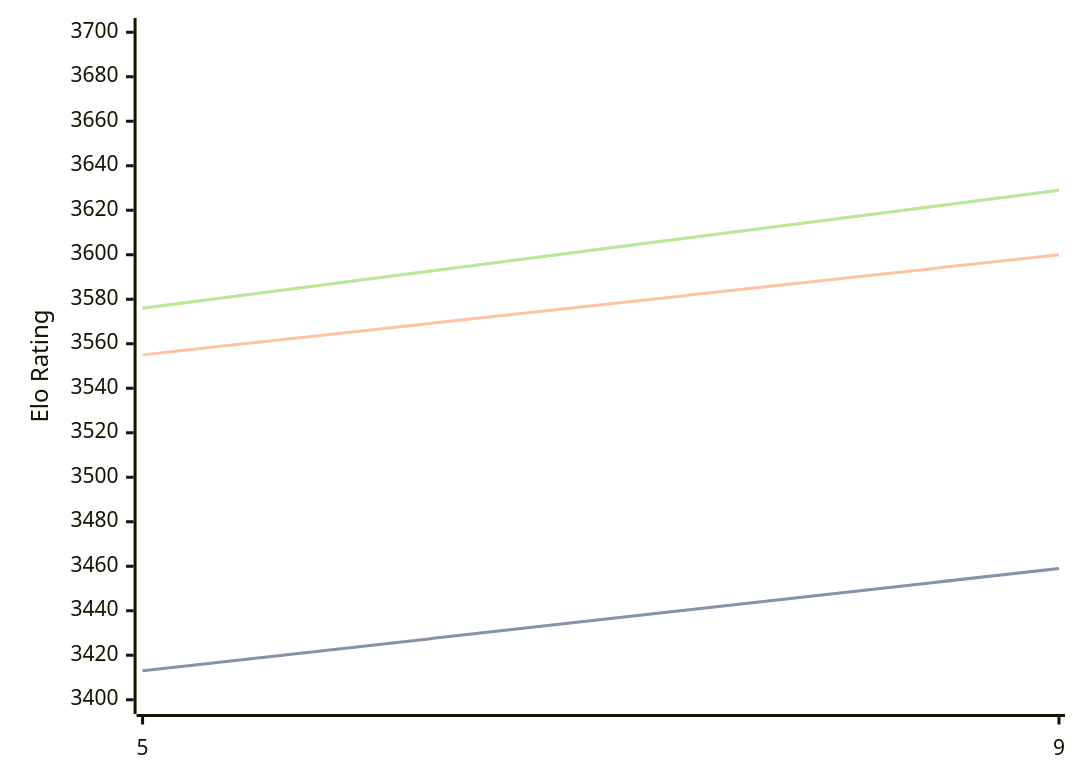
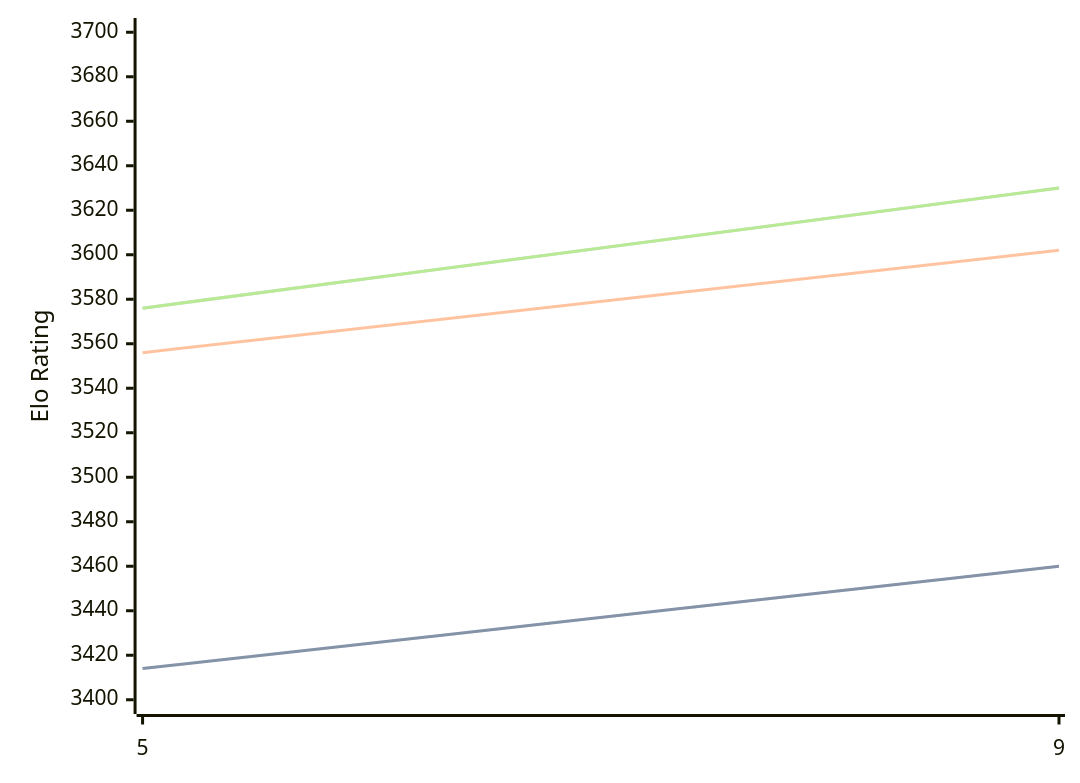
One commit to computer-chess-index/cci changed the diagram in engines/Crystal.md. Above: the diagram before and after it, drawn with Mermaid. The commit also changed other lines of this file, not shown here.

Commit message:
Update CCI Ratings (ELO VLTC) - 2026-04-24

````diff
--- a/engines/Crystal.md
+++ b/engines/Crystal.md
@@ -60,11 +60,11 @@
 ```mermaid
 %%{init: {"theme":"base","themeVariables":{"seriesColors:['#a3a3a3','#222221','#faa371']}}}%%
 xychart-beta
   x-axis ["5", "9"]
   y-axis "Elo Rating" 3400 --> 3700
-  line "STC (8.0+0.08s)" [3413, 3459]
-  line "STC (8.0+0.08s)" [3413, 3459]
-  line "LTC (60.0+0.60s)" [3555, 3600]
-  line "VLTC (2m24s+1.12s)" [3576, 3629]
-  line "VLTC (2m24s+1.12s)" [3576, 3629]
+  line "STC (8.0+0.08s)" [3414, 3460]
+  line "STC (8.0+0.08s)" [3414, 3460]
+  line "LTC (60.0+0.60s)" [3556, 3602]
+  line "VLTC (2m24s+1.12s)" [3576, 3630]
+  line "VLTC (2m24s+1.12s)" [3576, 3630]
 ```
````
